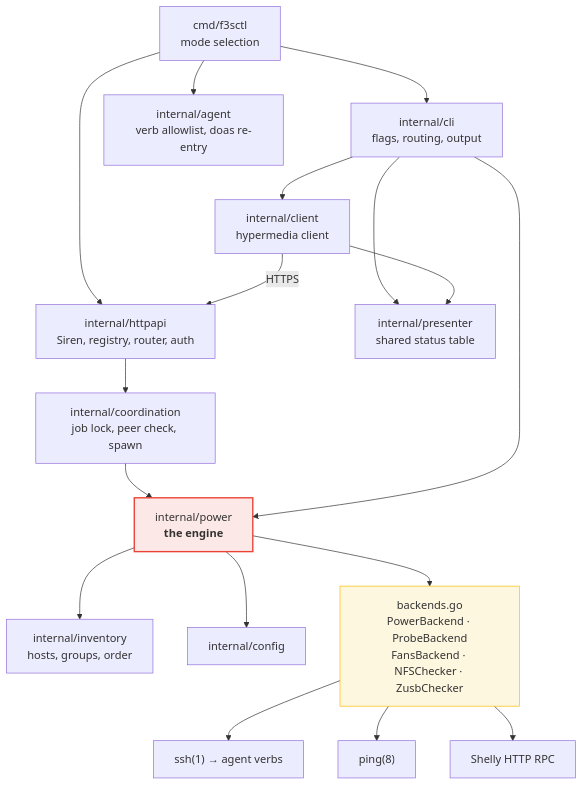
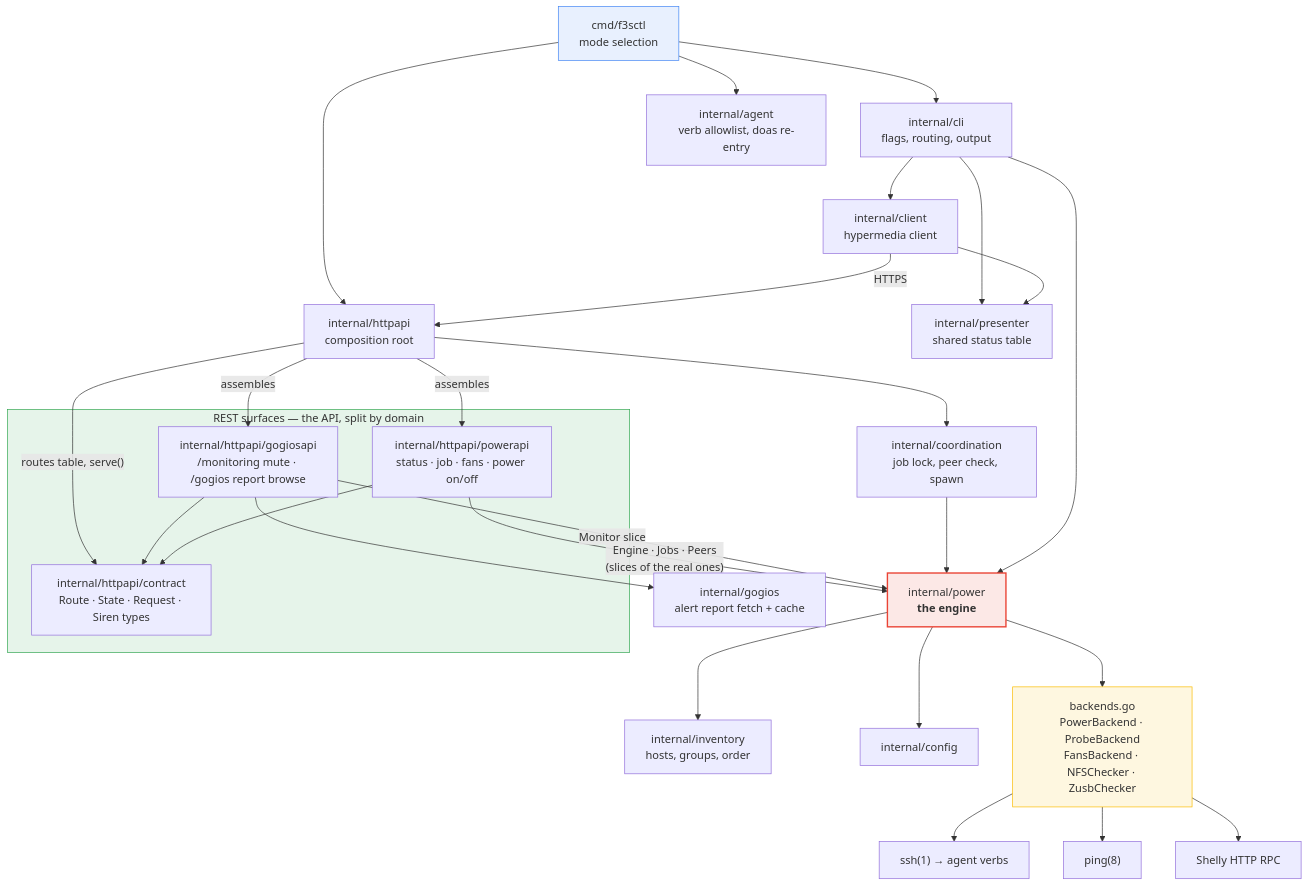
Before and after one commit to snonux/f3sctl: the second of 5 diagrams in docs/ARCHITECTURE.md, drawn with Mermaid. The commit also changed other lines of this file and 43 other files, not shown here.

First line of the commit message:
httpapi: split the REST surface into per-domain sub packages

````diff
--- a/docs/ARCHITECTURE.md
+++ b/docs/ARCHITECTURE.md
@@ -61,27 +61,43 @@
 ```mermaid
 flowchart TD
     MAIN["cmd/f3sctl<br/>mode selection"]
 
     MAIN --> CLI["internal/cli<br/>flags, routing, output"]
-    MAIN --> API["internal/httpapi<br/>Siren, registry, router, auth"]
+    MAIN --> API["internal/httpapi<br/>composition root"]
     MAIN --> AGENT["internal/agent<br/>verb allowlist, doas re-entry"]
+
+    subgraph SURFACES["REST surfaces — the API, split by domain"]
+        CONTRACT["internal/httpapi/contract<br/>Route · State · Request · Siren types"]
+        GOGIOSAPI["internal/httpapi/gogiosapi<br/>/monitoring mute · /gogios report browse"]
+        POWERAPI["internal/httpapi/powerapi<br/>status · job · fans · power on/off"]
+    end
+
+    API -->|"routes table, serve()"| CONTRACT
+    GOGIOSAPI --> CONTRACT
+    POWERAPI --> CONTRACT
+    API -->|"assembles"| GOGIOSAPI
+    API -->|"assembles"| POWERAPI
 
     CLI --> CLIENT["internal/client<br/>hypermedia client"]
     CLIENT -->|HTTPS| API
     API --> COORD["internal/coordination<br/>job lock, peer check, spawn"]
     COORD --> POWER
     CLI --> POWER["internal/power<br/><b>the engine</b>"]
-
+    POWERAPI -->|"Engine · Jobs · Peers<br/>(slices of the real ones)"| POWER
+    GOGIOSAPI -->|"Monitor slice"| POWER
     POWER --> INV["internal/inventory<br/>hosts, groups, order"]
     POWER --> CFG["internal/config"]
     POWER --> BACK["backends.go<br/>PowerBackend · ProbeBackend<br/>FansBackend · NFSChecker · ZusbChecker"]
     BACK --> SSH["ssh(1) → agent verbs"]
     BACK --> PING["ping(8)"]
     BACK --> HTTP["Shelly HTTP RPC"]
+    GOGIOSAPI --> REPORT["internal/gogios<br/>alert report fetch + cache"]
 
     CLI --> PRES["internal/presenter<br/>shared status table"]
     CLIENT --> PRES
 
     style POWER fill:#fce8e6,stroke:#ea4335,stroke-width:2px
     style BACK fill:#fef7e0,stroke:#fbbc04
+    style SURFACES fill:#e6f4ea,stroke:#34a853
+    style MAIN fill:#e8f0fe,stroke:#4285f4
 ```
````
